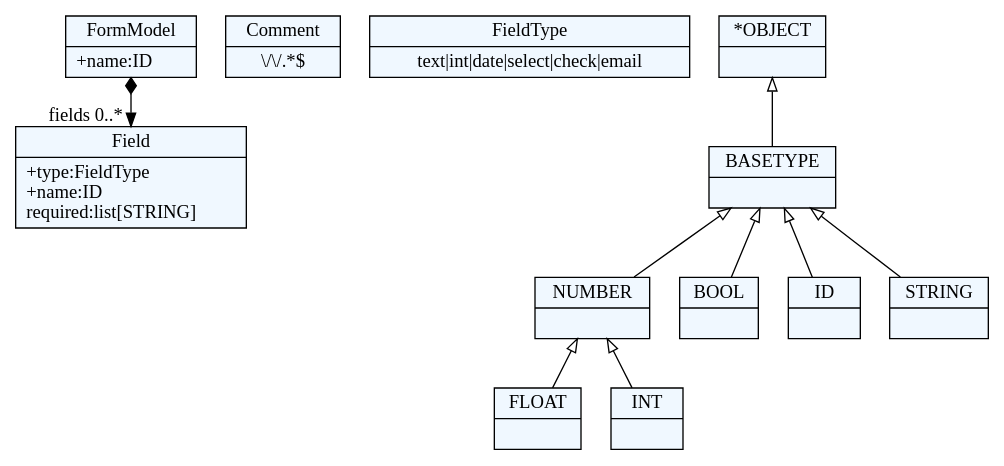
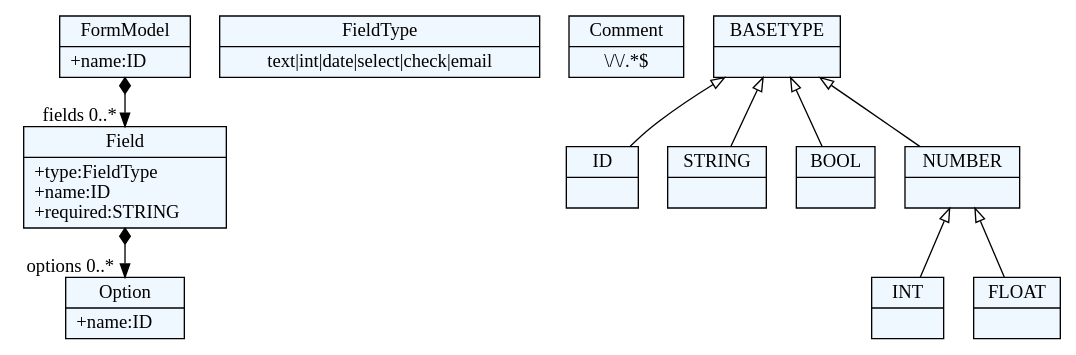
One commit to Aniz/formDSL changed the diagram in srcgen/dot/form_meta.dot. Above: the diagram before and after it, drawn with Graphviz. The commit also changed 22 other files, not shown here.

```diff
--- a/srcgen/dot/form_meta.dot
+++ b/srcgen/dot/form_meta.dot
@@ -1,47 +1,47 @@
 
     digraph xtext {
     fontname = "Bitstream Vera Sans"
     fontsize = 8
     node[
         shape=record,
         style=filled,
         fillcolor=aliceblue
     ]
     nodesep = 0.3
     edge[dir=black,arrowtail=empty]
 
 
-93984136766824 -> 93984136768808[arrowtail=diamond, dir=both, headlabel="fields 0..*"]
-93984136766824[ label="{FormModel|+name:ID\l}"]
+140424187981240 -> 140424187983096[arrowtail=diamond, dir=both, headlabel="fields 0..*"]
+140424187981240[ label="{FormModel|+name:ID\l}"]
 
-93984136774504[ label="{Comment|\\/\\/.*$}"]
+140424187983096 -> 140424187984952[arrowtail=diamond, dir=both, headlabel="options 0..*"]
+140424187983096[ label="{Field|+type:FieldType\l+name:ID\l+required:STRING\l}"]
 
-93984136768808[ label="{Field|+type:FieldType\l+name:ID\lrequired:list[STRING]\l}"]
+140424187984952[ label="{Option|+name:ID\l}"]
 
-93984136770792[ label="{FieldType|text\|int\|date\|select\|check\|email}"]
+140424187986808[ label="{FieldType|text\|int\|date\|select\|check\|email}"]
 
-93984136562792[ label="{BASETYPE|}"]
-93984136562792 -> 93984136559272 [dir=back]
-93984136562792 -> 93984136550296 [dir=back]
-93984136562792 -> 93984136544264 [dir=back]
-93984136562792 -> 93984136547400 [dir=back]
+140424187989240[ label="{Comment|\\/\\/.*$}"]
 
-93984136544264[ label="{ID|}"]
+140424188596072[ label="{ID|}"]
 
-93984136556232[ label="{FLOAT|}"]
+140424188621912[ label="{STRING|}"]
 
-93984136550296[ label="{BOOL|}"]
+140424188623768[ label="{BOOL|}"]
 
-93984136559272[ label="{NUMBER|}"]
-93984136559272 -> 93984136556232 [dir=back]
-93984136559272 -> 93984136553192 [dir=back]
+140424188626424[ label="{INT|}"]
 
-93984136547400[ label="{STRING|}"]
+140424188687752[ label="{FLOAT|}"]
 
-93984136553192[ label="{INT|}"]
+140424188689608[ label="{NUMBER|}"]
+140424188689608 -> 140424188687752 [dir=back]
+140424188689608 -> 140424188626424 [dir=back]
 
-93984136565832[ label="{*OBJECT|}"]
-93984136565832 -> 93984136562792 [dir=back]
+140424188691464[ label="{BASETYPE|}"]
+140424188691464 -> 140424188689608 [dir=back]
+140424188691464 -> 140424188623768 [dir=back]
+140424188691464 -> 140424188596072 [dir=back]
+140424188691464 -> 140424188621912 [dir=back]
 
 
 }
```
